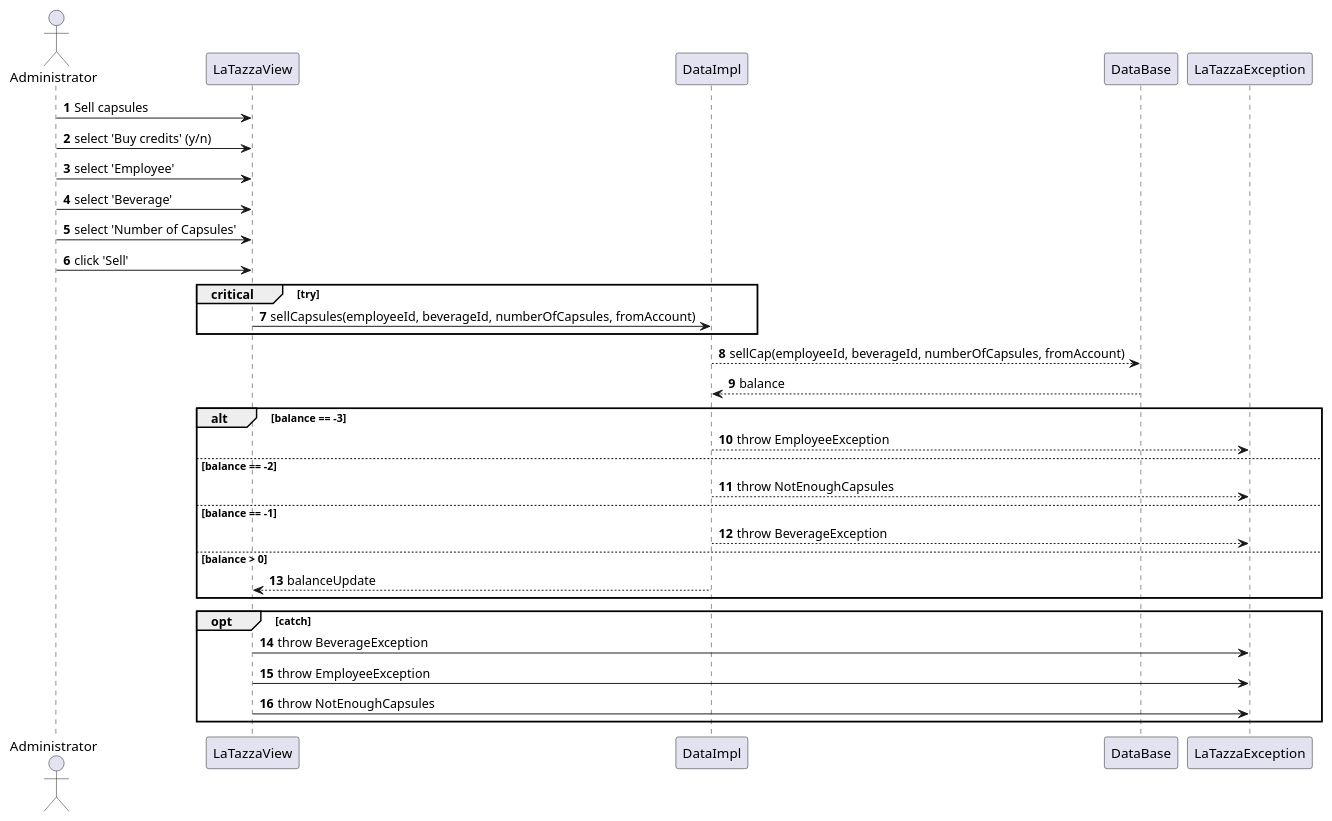
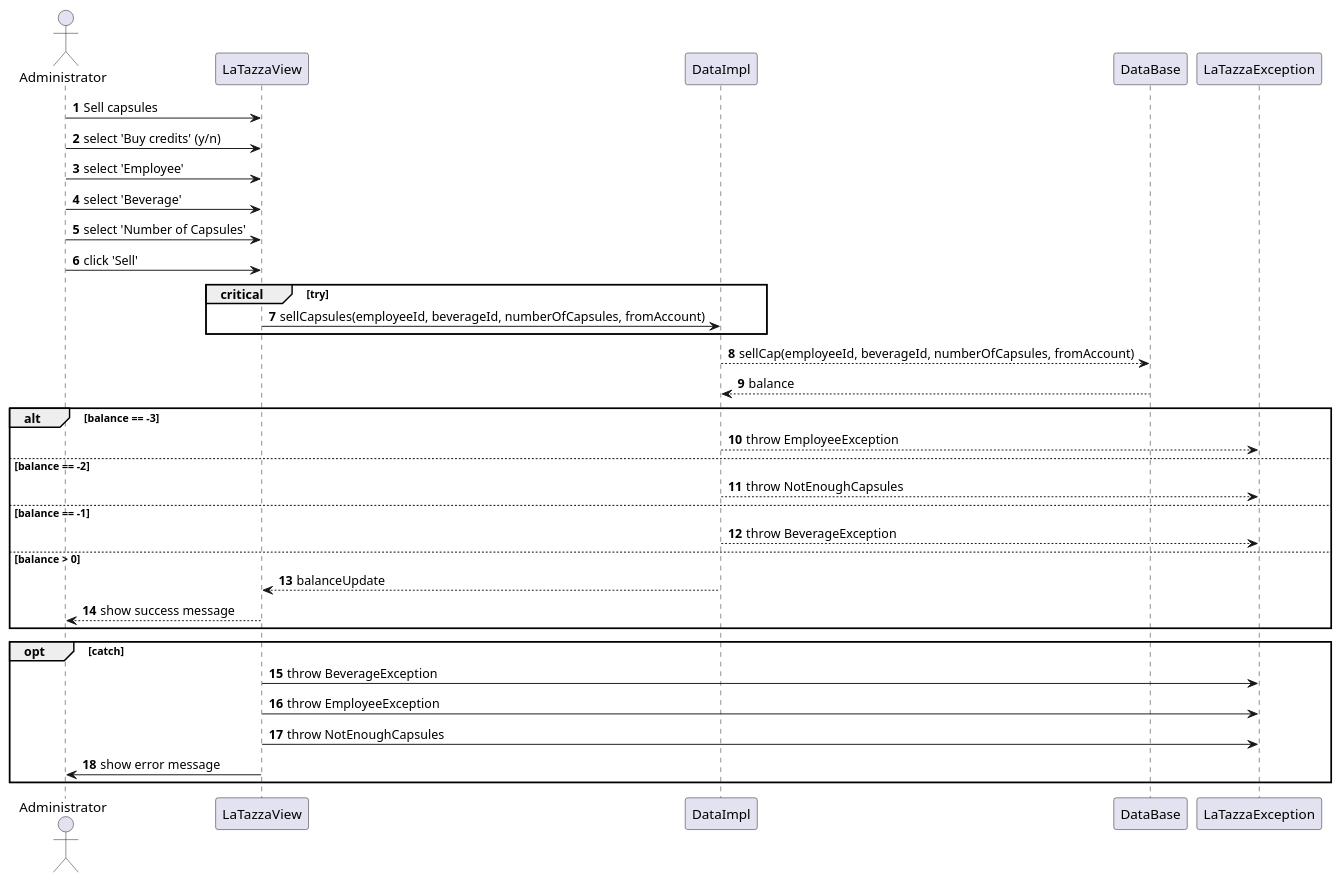
The third of 3 diagrams in templates/DesignDocumentTemplate.md (SimoneDutto/LaTazza), drawn with PlantUML before and after one commit.

Commit message:
Update Sequence Diagram

````diff
--- a/templates/DesignDocumentTemplate.md
+++ b/templates/DesignDocumentTemplate.md
@@ -181,40 +181,43 @@
 ```plantuml
 actor Administrator
 participant LaTazzaView
 participant DataImpl
 participant DataBase
 participant LaTazzaException
 autonumber
 
 Administrator -> LaTazzaView: Sell capsules
 Administrator -> LaTazzaView: select 'Buy credits' (y/n)
 Administrator -> LaTazzaView: select 'Employee'
 Administrator -> LaTazzaView: select 'Beverage'
 Administrator -> LaTazzaView: select 'Number of Capsules'
 Administrator -> LaTazzaView: click 'Sell'
 
 
 critical try
     LaTazzaView -> DataImpl: sellCapsules(employeeId, beverageId, numberOfCapsules, fromAccount)
 end
 DataImpl --> DataBase: sellCap(employeeId, beverageId, numberOfCapsules, fromAccount)
 DataBase --> DataImpl: balance
 alt balance == -3
  DataImpl -->  LaTazzaException: throw EmployeeException
 else balance == -2
     DataImpl -->  LaTazzaException: throw NotEnoughCapsules
 else balance == -1
     DataImpl -->  LaTazzaException: throw BeverageException
+    
 else balance > 0
     DataImpl --> LaTazzaView : balanceUpdate
+    LaTazzaView --> Administrator: show success message
 end
     
 opt catch
     LaTazzaView -> LaTazzaException: throw BeverageException
     LaTazzaView -> LaTazzaException: throw EmployeeException
     LaTazzaView -> LaTazzaException: throw NotEnoughCapsules
+    LaTazzaView -> Administrator: show error message
 end
 
 
     
 ```
````
